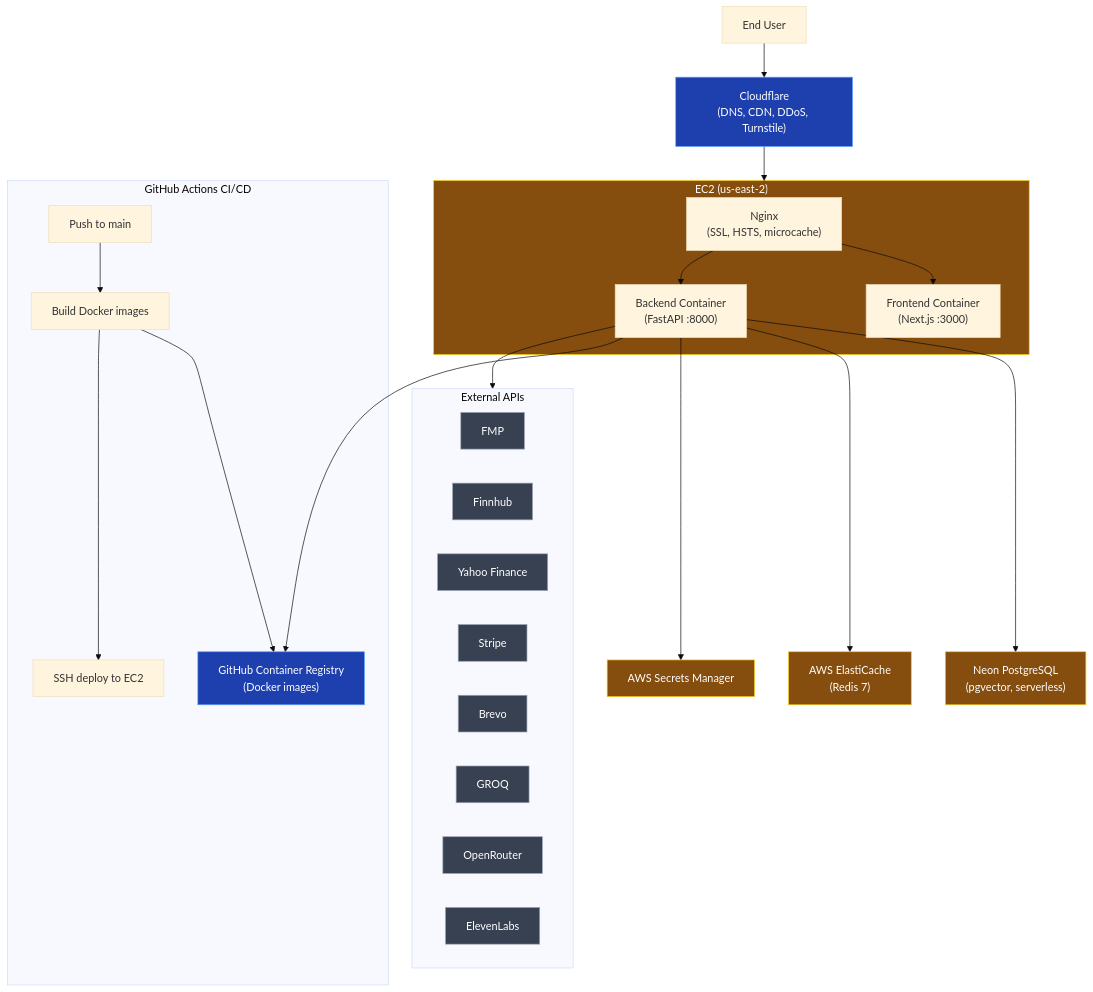
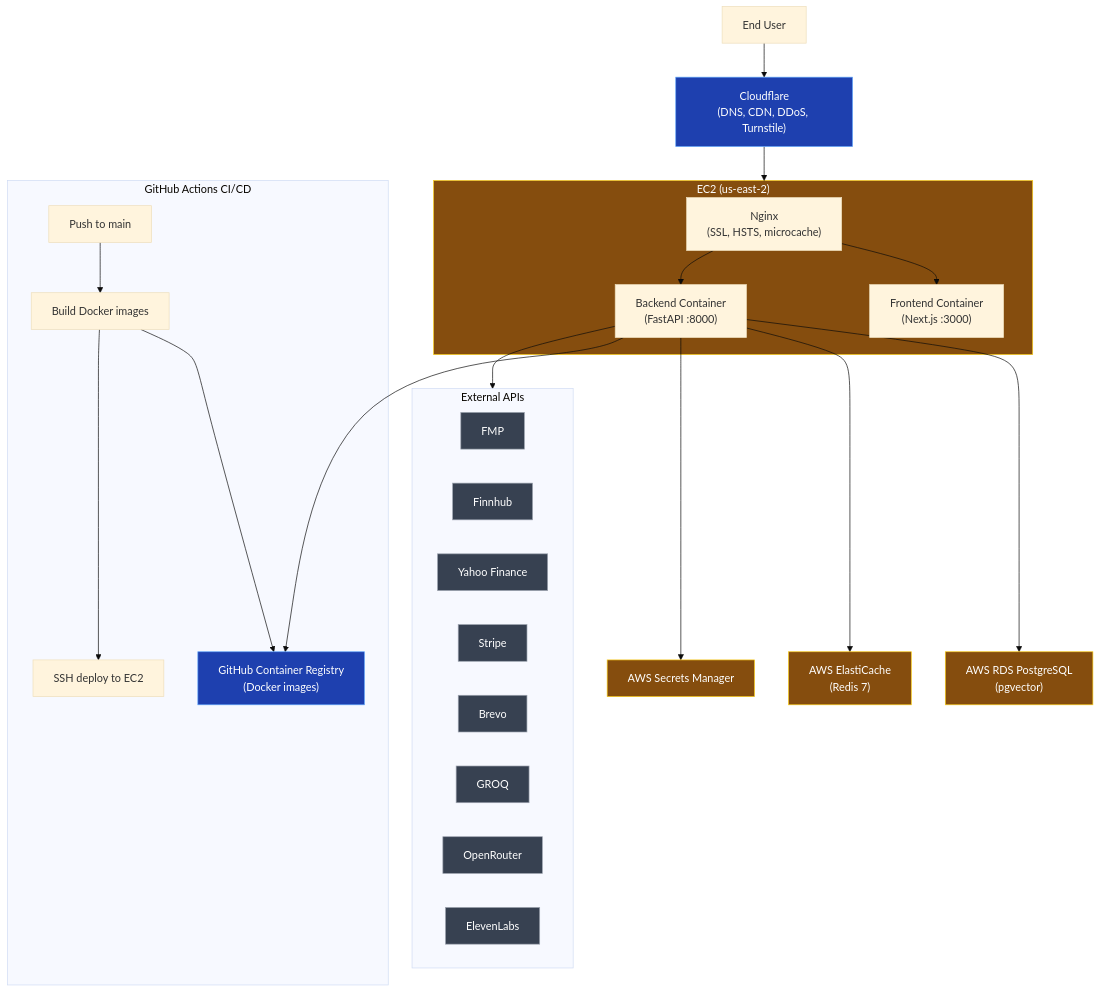
The eighth of 12 diagrams in README.md (YashJoshi2109/QuantTrade-AI), drawn with Mermaid (base theme) before and after one commit. The commit also changed other lines of this file and 175 other files, not shown here.

````diff
--- a/README.md
+++ b/README.md
@@ -667,43 +667,43 @@
 ```mermaid
 flowchart TB
     User["End User"] --> CF["Cloudflare\n(DNS, CDN, DDoS, Turnstile)"]
     CF --> EC2["AWS EC2 Instance"]
 
     subgraph EC2 ["EC2 (us-east-2)"]
         Nginx["Nginx\n(SSL, HSTS, microcache)"]
         Nginx --> FE["Frontend Container\n(Next.js :3000)"]
         Nginx --> BE["Backend Container\n(FastAPI :8000)"]
     end
 
-    BE --> Neon["Neon PostgreSQL\n(pgvector, serverless)"]
+    BE --> RDS["AWS RDS PostgreSQL\n(pgvector)"]
     BE --> ElastiCache["AWS ElastiCache\n(Redis 7)"]
     BE --> SecretsManager["AWS Secrets Manager"]
     BE --> GHCR["GitHub Container Registry\n(Docker images)"]
 
     subgraph CICD ["GitHub Actions CI/CD"]
         Push["Push to main"] --> Build["Build Docker images"]
         Build --> GHCR
         Build --> Deploy["SSH deploy to EC2"]
     end
 
     subgraph ExternalAPIs ["External APIs"]
         FMPx["FMP"]
         Finnhubx["Finnhub"]
         YFx["Yahoo Finance"]
         Stripex["Stripe"]
         Brevox["Brevo"]
         GROQx["GROQ"]
         OpenRouterx["OpenRouter"]
         ElevenLabsx["ElevenLabs"]
     end
 
     BE --> ExternalAPIs
 
     classDef cloud fill:#1e40af,stroke:#60a5fa,color:#fff
     classDef aws fill:#854d0e,stroke:#facc15,color:#fff
     classDef ext fill:#374151,stroke:#9ca3af,color:#fff
 
     class CF,GHCR cloud
-    class EC2,Neon,ElastiCache,SecretsManager aws
+    class EC2,RDS,ElastiCache,SecretsManager aws
     class FMPx,Finnhubx,YFx,Stripex,Brevox,GROQx,OpenRouterx,ElevenLabsx ext
 ```
````
